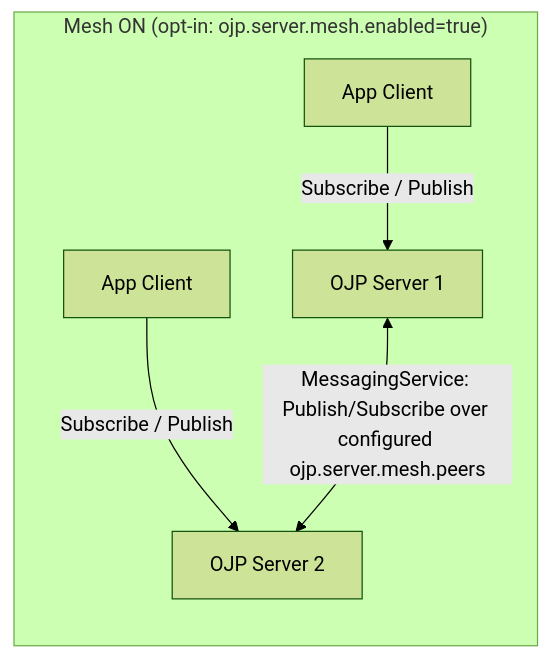
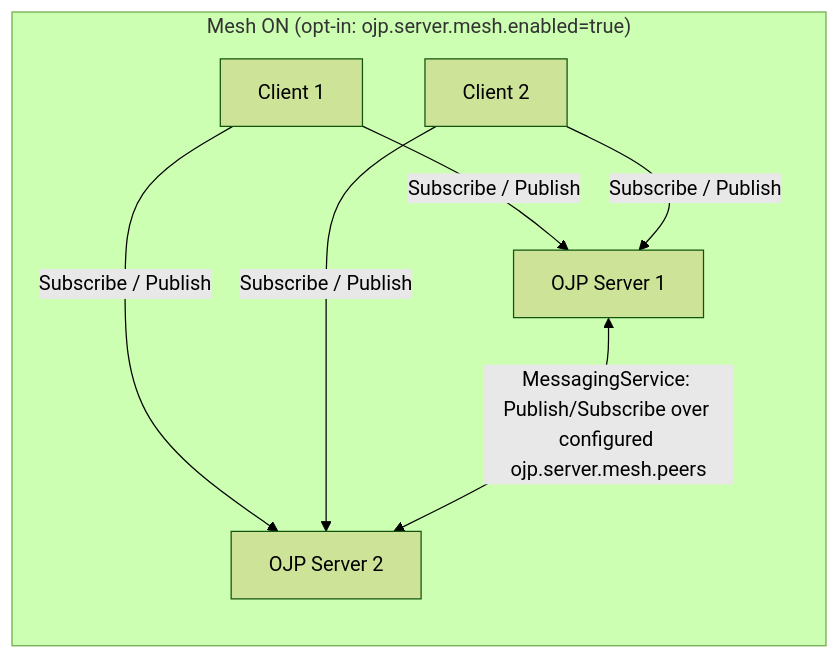
One commit to Open-JDBC-Proxy/ojp changed the fourth of 6 diagrams in documents/analysis/OJP_MESSAGING_PROTOCOL_ANALYSIS.md. Above: the diagram before and after it, drawn with Mermaid (forest theme). The commit also changed other lines of this file and 2 other files, not shown here.

````diff
--- a/documents/analysis/OJP_MESSAGING_PROTOCOL_ANALYSIS.md
+++ b/documents/analysis/OJP_MESSAGING_PROTOCOL_ANALYSIS.md
@@ -595,8 +994,10 @@
 ```mermaid
 graph LR
     subgraph "Mesh ON (opt-in: ojp.server.mesh.enabled=true)"
-        C3[App Client] -->|Subscribe / Publish| S3[OJP Server 1]
-        C4[App Client] -->|Subscribe / Publish| S4[OJP Server 2]
+        CL3[Client 1] -->|Subscribe / Publish| S3[OJP Server 1]
+        CL3 -->|Subscribe / Publish| S4[OJP Server 2]
+        CL4[Client 2] -->|Subscribe / Publish| S3
+        CL4 -->|Subscribe / Publish| S4
         S3 <-->|MessagingService: Publish/Subscribe over configured ojp.server.mesh.peers| S4
     end
 ```
````
